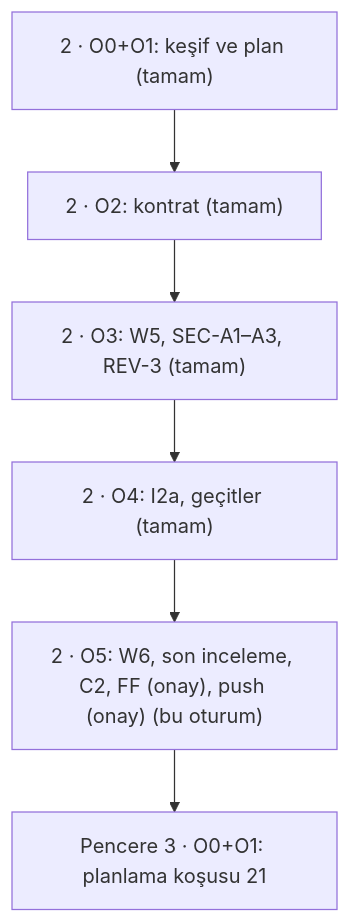
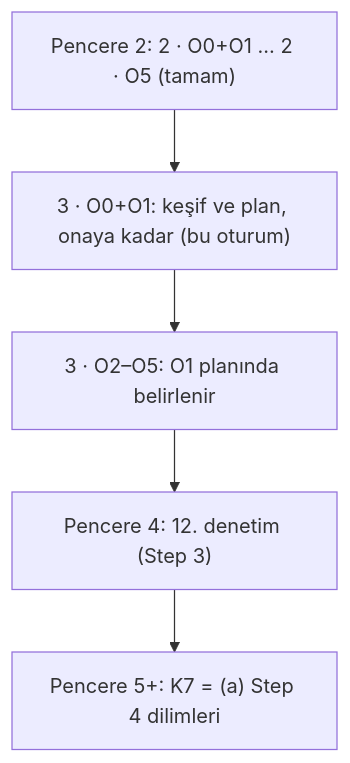
The diagram in NEXT_PROMPT.md (ahmetxa/ishtar_cam_modes), drawn with Mermaid before and after one commit. The commit also changed other lines of this file and 2 other files, not shown here.

````diff
--- a/NEXT_PROMPT.md
+++ b/NEXT_PROMPT.md
@@ -106,8 +105,7 @@
 ```mermaid
 flowchart TD
-  A["2 · O0+O1: keşif ve plan (tamam)"] --> B["2 · O2: kontrat (tamam)"]
-  B --> C["2 · O3: W5, SEC-A1–A3, REV-3 (tamam)"]
-  C --> D["2 · O4: I2a, geçitler (tamam)"]
-  D --> E["2 · O5: W6, son inceleme, C2, FF (onay), push (onay) (bu oturum)"]
-  E --> F["Pencere 3 · O0+O1: planlama koşusu 21"]
+  A["Pencere 2: 2 · O0+O1 … 2 · O5 (tamam)"] --> B["3 · O0+O1: keşif ve plan, onaya kadar (bu oturum)"]
+  B --> C["3 · O2–O5: O1 planında belirlenir"]
+  C --> D["Pencere 4: 12. denetim (Step 3)"]
+  D --> E["Pencere 5+: K7 = (a) Step 4 dilimleri"]
 ```
````
